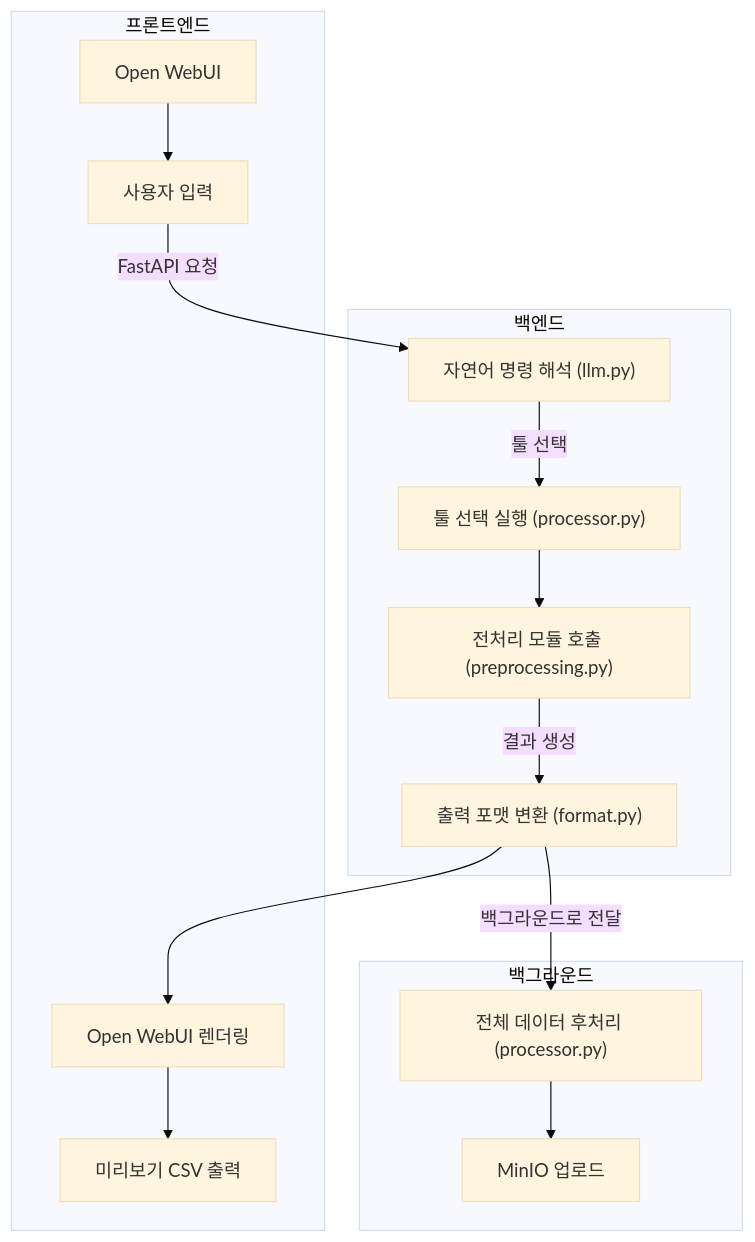
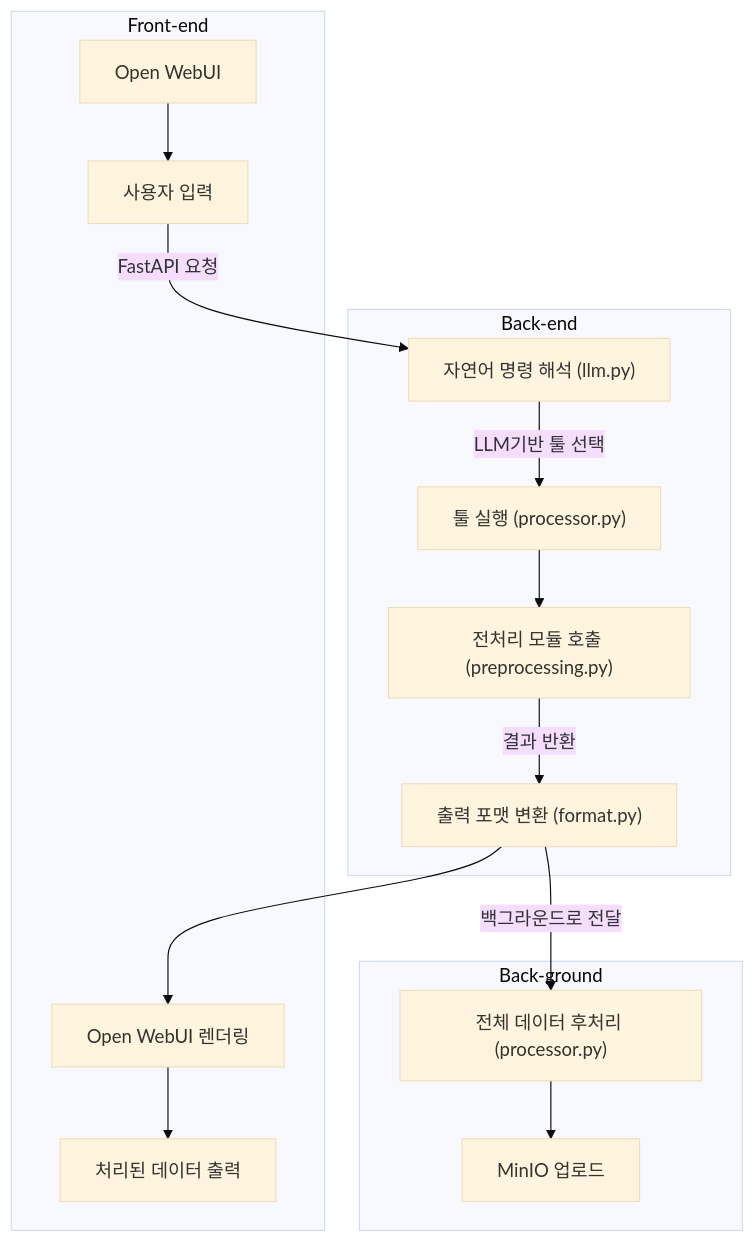
The diagram in readme.md (WO2IN/posAppSystem), drawn with Mermaid (base theme) before and after one commit.

````diff
--- a/readme.md
+++ b/readme.md
@@ -1,36 +1,37 @@
 ```mermaid
 flowchart TD
 
-%% 프론트엔드 영역
-subgraph FE [프론트엔드]
+%% Front-end 영역
+subgraph FE [Front-end]
     A1["Open WebUI"]
     A2["사용자 입력"]
     A3["Open WebUI 렌더링"]
-    A4["미리보기 CSV 출력"]
+    A4["처리된 데이터 출력"]
 end
 
-%% 백엔드 영역
-subgraph BE [백엔드]
+%% Back-end 영역
+subgraph BE [Back-end]
     B1["자연어 명령 해석 (llm.py)"]
-    B2["툴 선택 실행 (processor.py)"]
+    B2["툴 실행 (processor.py)"]
     B3["전처리 모듈 호출 (preprocessing.py)"]
     B4["출력 포맷 변환 (format.py)"]
 end
 
-%% 백그라운드 영역
-subgraph BG [백그라운드]
+%% Back-ground 영역
+subgraph BG [Back-ground]
     C2["전체 데이터 후처리 (processor.py)"]
     C3["MinIO 업로드"]
 end
 
 %% 흐름 연결
 A1 --> A2
 A2 -->|FastAPI 요청| B1
-B1 -->|툴 선택| B2
+B1 -->|LLM기반 툴 선택| B2
 B2 --> B3
-B3 -->|결과 생성| B4
+B3 -->|결과 반환| B4
 B4 --> A3
 A3 --> A4
 B4 -->|백그라운드로 전달| C2
 C2 --> C3
+
 ```
````
